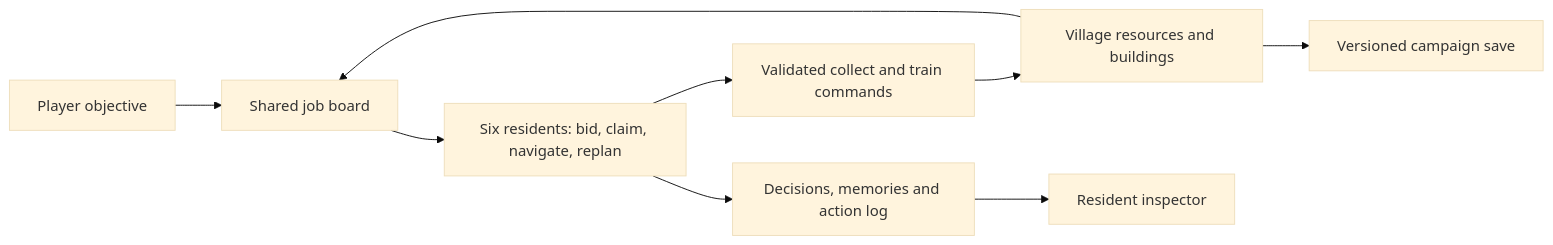
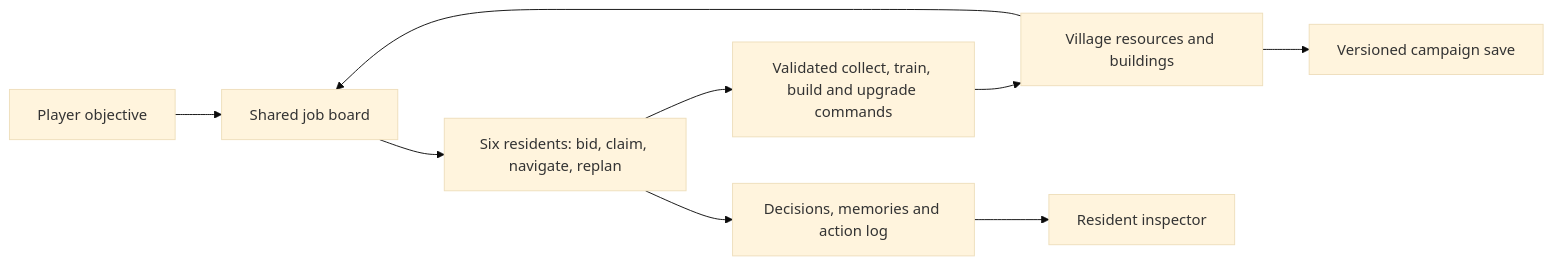
Before and after one commit to Lingikaushikreddy/Settlement-Village: the diagram in README.md, drawn with Mermaid (base theme). The commit also changed other lines of this file and 35 other files, not shown here.

````diff
--- a/README.md
+++ b/README.md
@@ -85,11 +89,11 @@
 ```mermaid
 flowchart LR
     Player[Player objective] --> Jobs[Shared job board]
     World[Village resources and buildings] --> Jobs
     Jobs --> Crew[Six residents: bid, claim, navigate, replan]
-    Crew --> Tools[Validated collect and train commands]
+    Crew --> Tools[Validated collect, train, build and upgrade commands]
     Tools --> World
     Crew --> Record[Decisions, memories and action log]
     Record --> Inspector[Resident inspector]
     World --> Save[Versioned campaign save]
 ```
````
